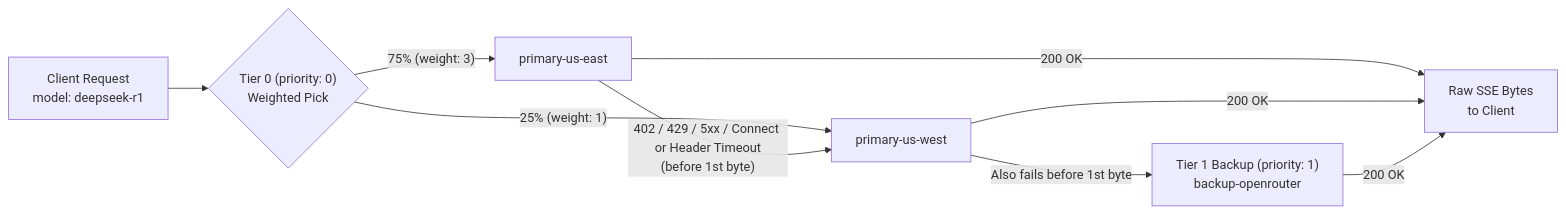
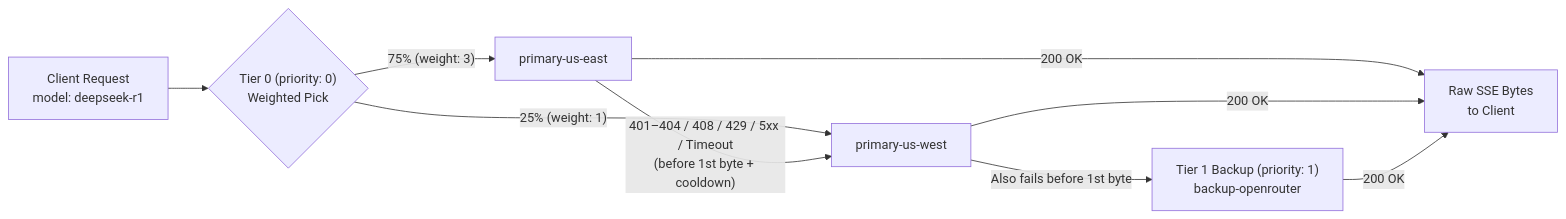
One commit to EeroEternal/xlite changed the diagram in docs/architecture.md. Above: the diagram before and after it, drawn with Mermaid. The commit also changed other lines of this file and 4 other files, not shown here.

````diff
--- a/docs/architecture.md
+++ b/docs/architecture.md
@@ -107,11 +107,11 @@
 ```mermaid
 flowchart LR
     Req["Client Request\nmodel: deepseek-r1"] --> T0{"Tier 0 (priority: 0)\nWeighted Pick"}
     T0 -->|"75% (weight: 3)"| C1["primary-us-east"]
     T0 -->|"25% (weight: 1)"| C2["primary-us-west"]
-    C1 -->|"402 / 429 / 5xx / Connect or Header Timeout\n(before 1st byte)"| C2
+    C1 -->|"401–404 / 408 / 429 / 5xx / Timeout\n(before 1st byte + cooldown)"| C2
     C2 -->|"Also fails before 1st byte"| C3["Tier 1 Backup (priority: 1)\nbackup-openrouter"]
     C1 -->|"200 OK"| Stream["Raw SSE Bytes\nto Client"]
     C2 -->|"200 OK"| Stream
     C3 -->|"200 OK"| Stream
 ```
````
